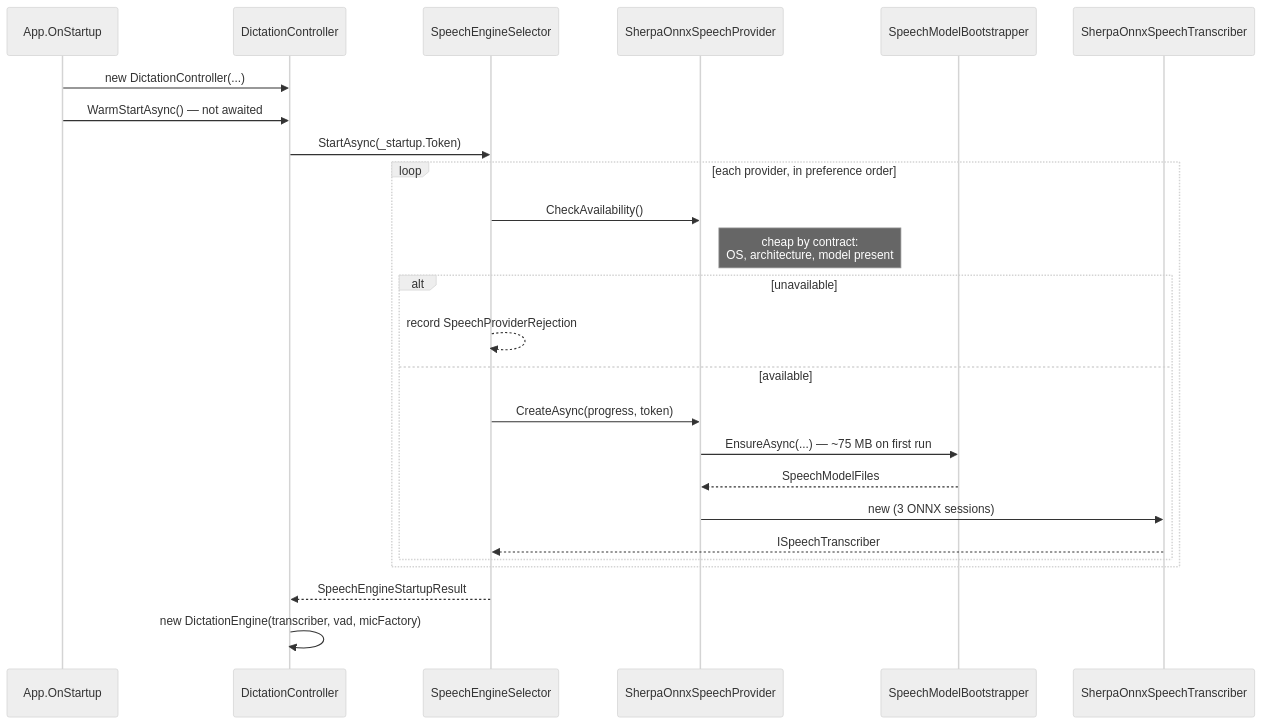
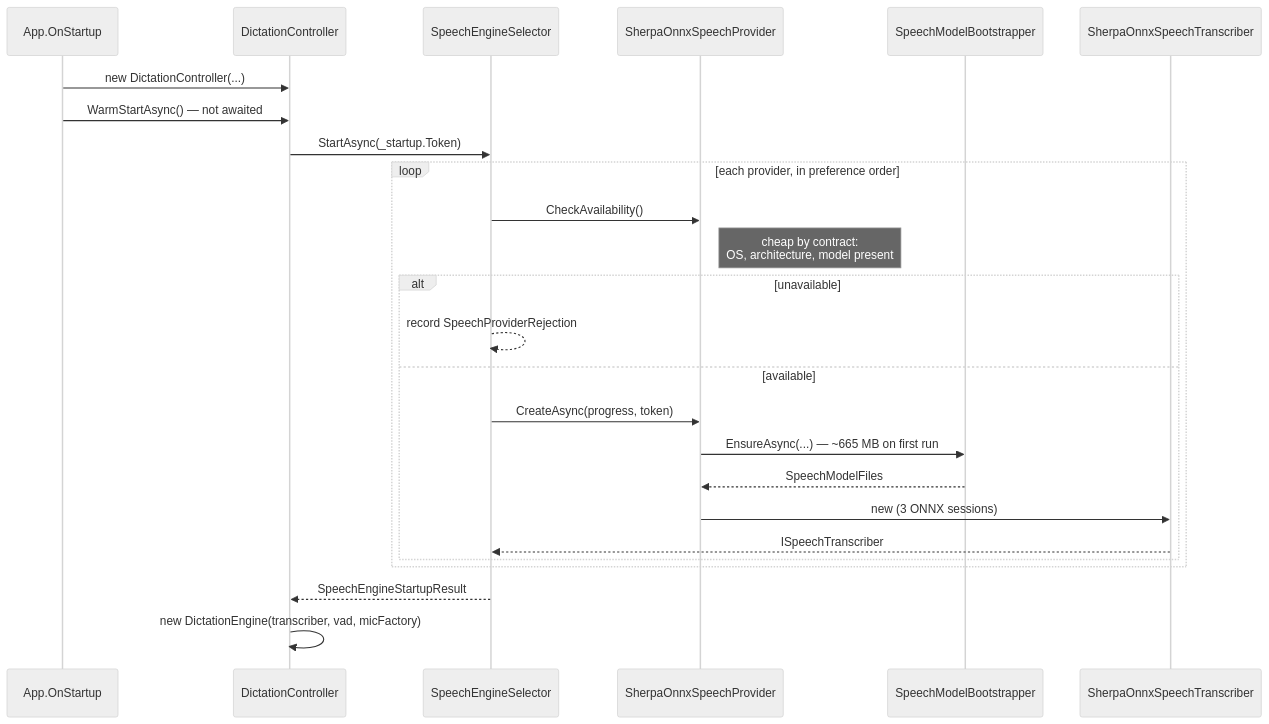
The second of 5 diagrams in docs/architecture-speech.md (albigi/SemanticStart), drawn with Mermaid (neutral theme) before and after one commit. The commit also changed other lines of this file and 16 other files, not shown here.

````diff
--- a/docs/architecture-speech.md
+++ b/docs/architecture-speech.md
@@ -97,28 +99,28 @@
 ```mermaid
 sequenceDiagram
     participant App as App.OnStartup
     participant Ctl as DictationController
     participant Sel as SpeechEngineSelector
     participant Prv as SherpaOnnxSpeechProvider
     participant Boot as SpeechModelBootstrapper
     participant Trn as SherpaOnnxSpeechTranscriber
 
     App->>Ctl: new DictationController(...)
     App->>Ctl: WarmStartAsync() — not awaited
     Ctl->>Sel: StartAsync(_startup.Token)
     loop each provider, in preference order
         Sel->>Prv: CheckAvailability()
         Note right of Prv: cheap by contract:<br/>OS, architecture, model present
         alt unavailable
             Sel-->>Sel: record SpeechProviderRejection
         else available
             Sel->>Prv: CreateAsync(progress, token)
-            Prv->>Boot: EnsureAsync(...) — ~75 MB on first run
+            Prv->>Boot: EnsureAsync(...) — ~665 MB on first run
             Boot-->>Prv: SpeechModelFiles
             Prv->>Trn: new (3 ONNX sessions)
             Trn-->>Sel: ISpeechTranscriber
         end
     end
     Sel-->>Ctl: SpeechEngineStartupResult
     Ctl->>Ctl: new DictationEngine(transcriber, vad, micFactory)
 ```
````
